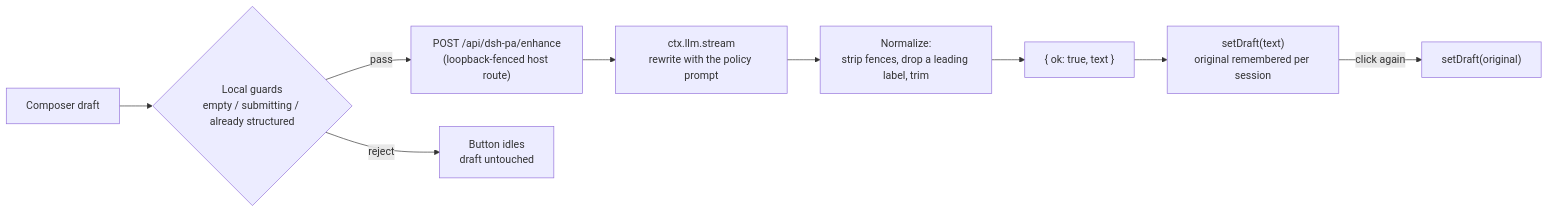
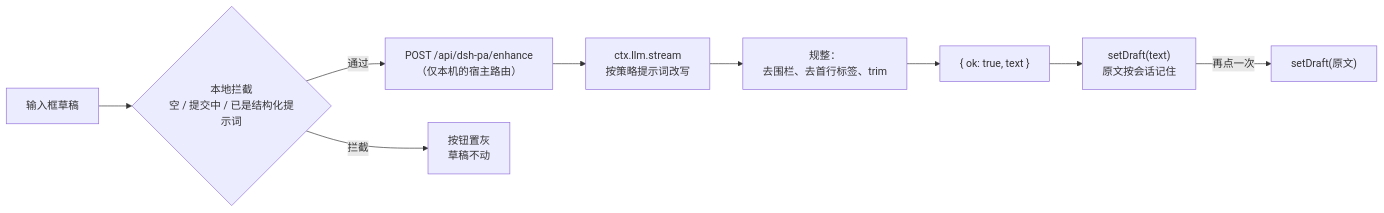
One commit to rg2304luyue/dsh-pa changed the diagram in README.md. Above: the diagram before and after it, drawn with Mermaid. The commit also changed other lines of this file and 4 other files, not shown here.

````diff
--- a/README.md
+++ b/README.md
@@ -43,11 +39,11 @@
 ```mermaid
 flowchart LR
-  A[Composer draft] --> B{Local guards<br/>empty / submitting / already structured}
-  B -- pass --> C["POST /api/dsh-pa/enhance<br/>(loopback-fenced host route)"]
-  B -- reject --> P[Button idles<br/>draft untouched]
-  C --> D["ctx.llm.stream<br/>rewrite with the policy prompt"]
-  D --> E[Normalize:<br/>strip fences, drop a leading label, trim]
+  A[输入框草稿] --> B{本地拦截<br/>空 / 提交中 / 已是结构化提示词}
+  B -- 通过 --> C["POST /api/dsh-pa/enhance<br/>（仅本机的宿主路由）"]
+  B -- 拦截 --> P[按钮置灰<br/>草稿不动]
+  C --> D["ctx.llm.stream<br/>按策略提示词改写"]
+  D --> E[规整：<br/>去围栏、去首行标签、trim]
   E --> F["{ ok: true, text }"]
-  F --> G["setDraft(text)<br/>original remembered per session"]
-  G -- click again --> H["setDraft(original)"]
+  F --> G["setDraft(text)<br/>原文按会话记住"]
+  G -- 再点一次 --> H["setDraft(原文)"]
 ```
````
